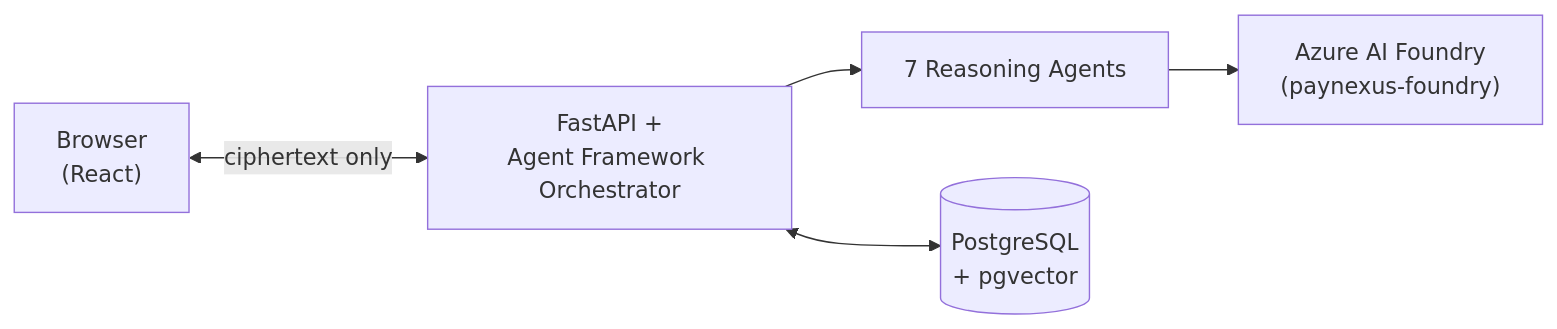
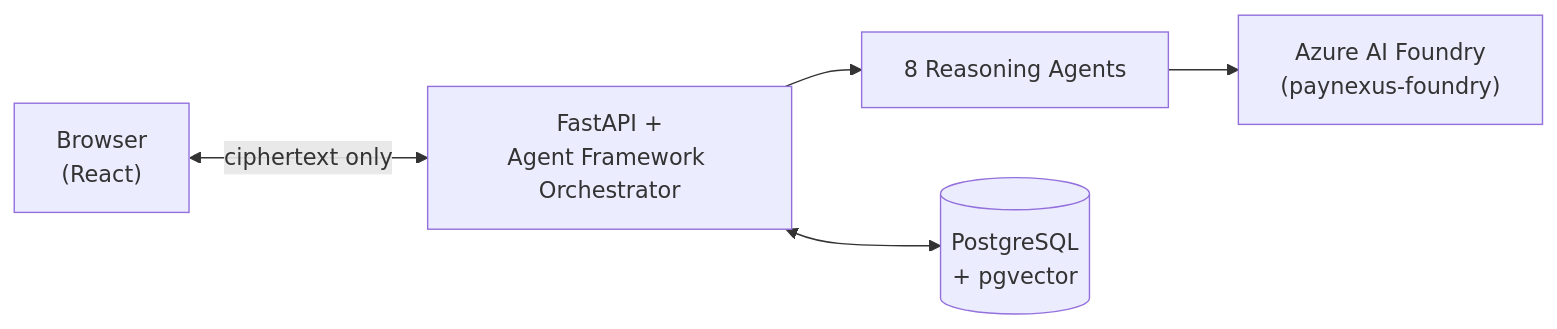
One commit to Ramya192/pay-nexus changed the diagram in README.md. Above: the diagram before and after it, drawn with Mermaid. The commit also changed other lines of this file and 64 other files, not shown here.

````diff
--- a/README.md
+++ b/README.md
@@ -61,7 +64,7 @@
 ```mermaid
 graph LR
     User["Browser<br/>(React)"] <-->|ciphertext only| Backend
-    Backend["FastAPI +<br/>Agent Framework Orchestrator"] --> Agents["7 Reasoning Agents"]
+    Backend["FastAPI +<br/>Agent Framework Orchestrator"] --> Agents["8 Reasoning Agents"]
     Agents --> Foundry["Azure AI Foundry<br/>(paynexus-foundry)"]
     Backend <--> DB[("PostgreSQL<br/>+ pgvector")]
 ```
````
